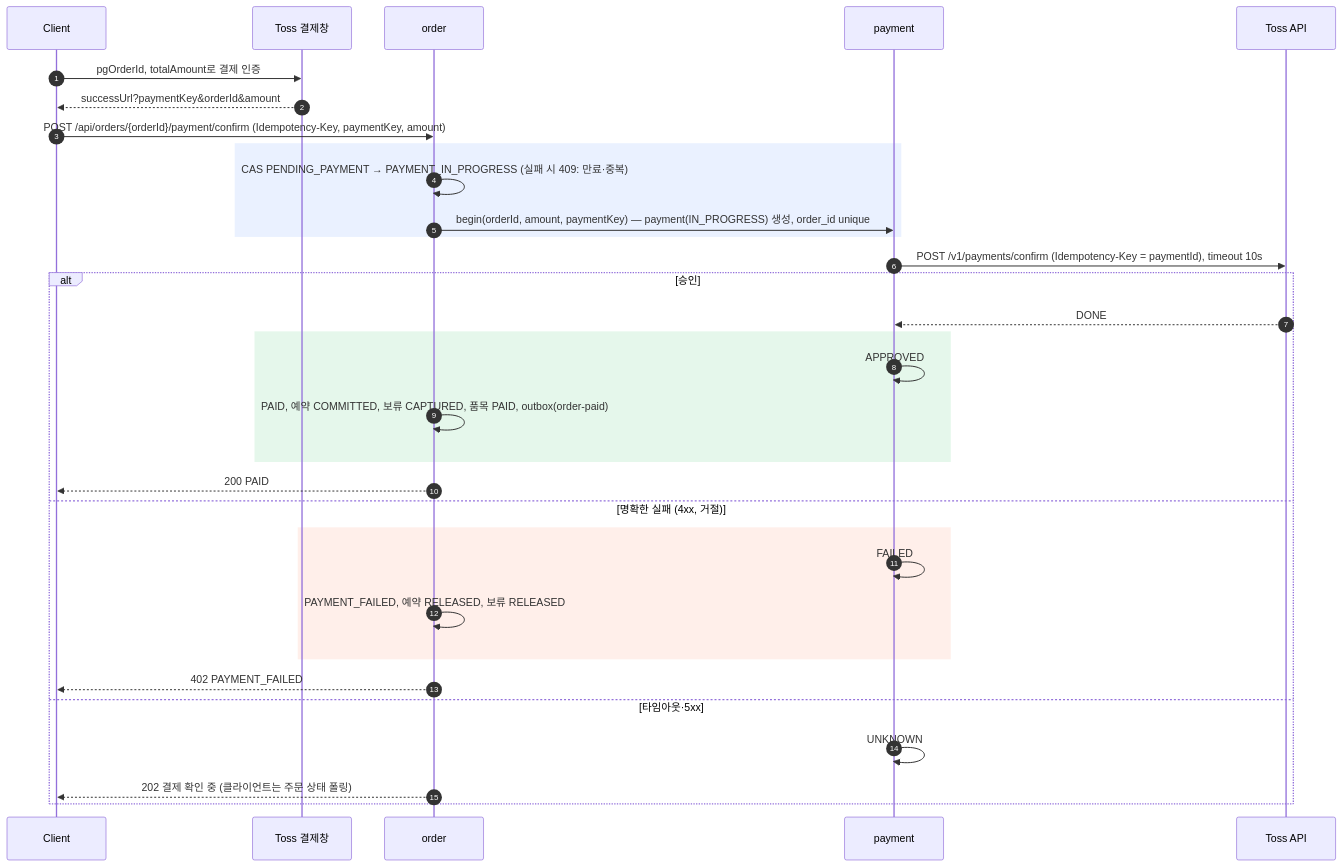
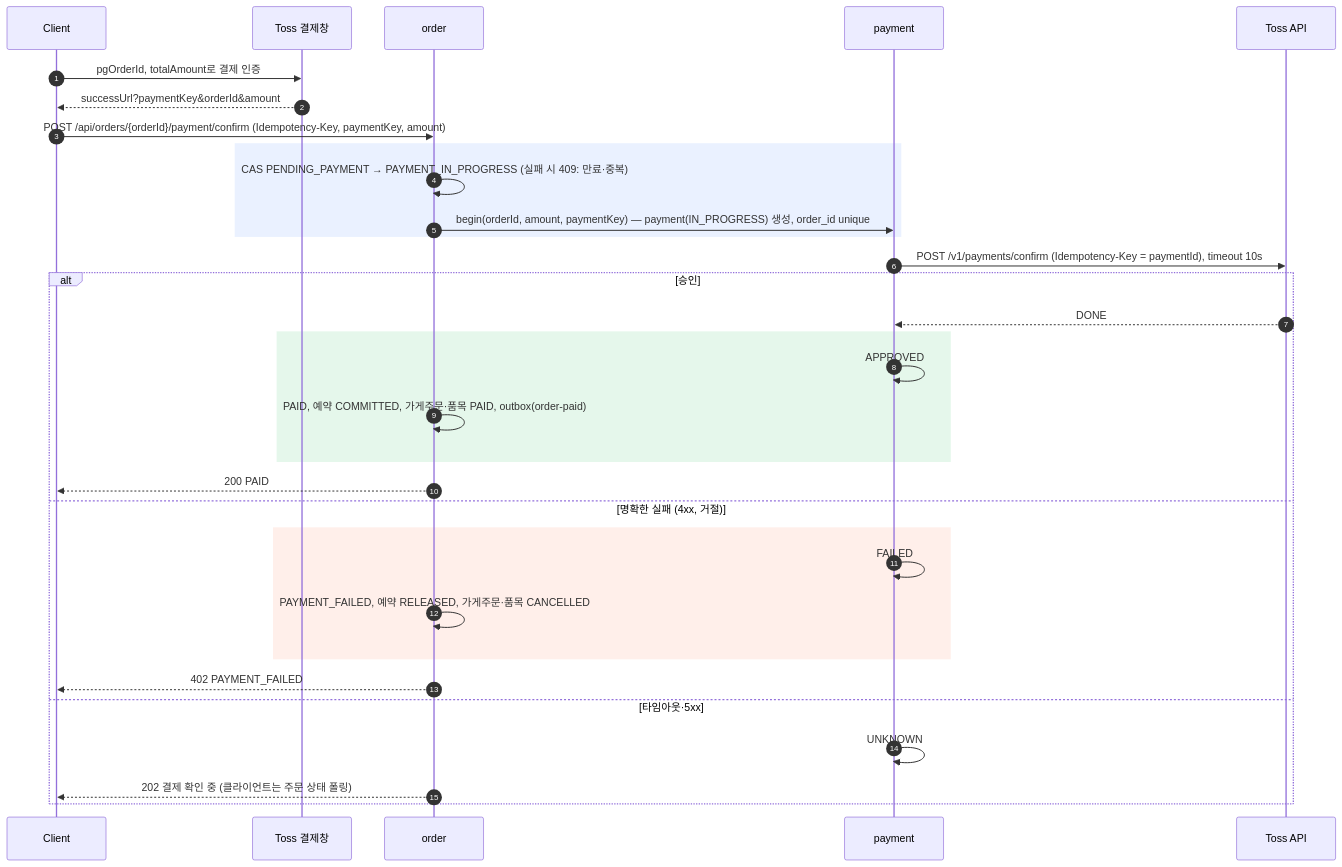
Before and after one commit to 95twan/myroutine-v2: the second of 10 diagrams in docs/02-design/06-sequences.md, drawn with Mermaid. The commit also changed other lines of this file and 20 other files, not shown here.

````diff
--- a/docs/02-design/06-sequences.md
+++ b/docs/02-design/06-sequences.md
@@ -32,34 +33,34 @@
 ```mermaid
 sequenceDiagram
   autonumber
   participant C as Client
   participant T as Toss 결제창
   participant O as order
   participant P as payment
   participant PG as Toss API
   C->>T: pgOrderId, totalAmount로 결제 인증
   T-->>C: successUrl?paymentKey&orderId&amount
   C->>O: POST /api/orders/{orderId}/payment/confirm (Idempotency-Key, paymentKey, amount)
   rect rgba(80,140,255,0.12)
     O->>O: CAS PENDING_PAYMENT → PAYMENT_IN_PROGRESS (실패 시 409: 만료·중복)
     O->>P: begin(orderId, amount, paymentKey) — payment(IN_PROGRESS) 생성, order_id unique
   end
   P->>PG: POST /v1/payments/confirm (Idempotency-Key = paymentId), timeout 10s
   alt 승인
     PG-->>P: DONE
     rect rgba(80,200,120,0.15)
       P->>P: APPROVED
-      O->>O: PAID, 예약 COMMITTED, 보류 CAPTURED, 품목 PAID, outbox(order-paid)
+      O->>O: PAID, 예약 COMMITTED, 가게주문·품목 PAID, outbox(order-paid)
     end
     O-->>C: 200 PAID
   else 명확한 실패 (4xx, 거절)
     rect rgba(255,120,80,0.12)
       P->>P: FAILED
-      O->>O: PAYMENT_FAILED, 예약 RELEASED, 보류 RELEASED
+      O->>O: PAYMENT_FAILED, 예약 RELEASED, 가게주문·품목 CANCELLED
     end
     O-->>C: 402 PAYMENT_FAILED
   else 타임아웃·5xx
     P->>P: UNKNOWN
     O-->>C: 202 결제 확인 중 (클라이언트는 주문 상태 폴링)
   end
 ```
````
